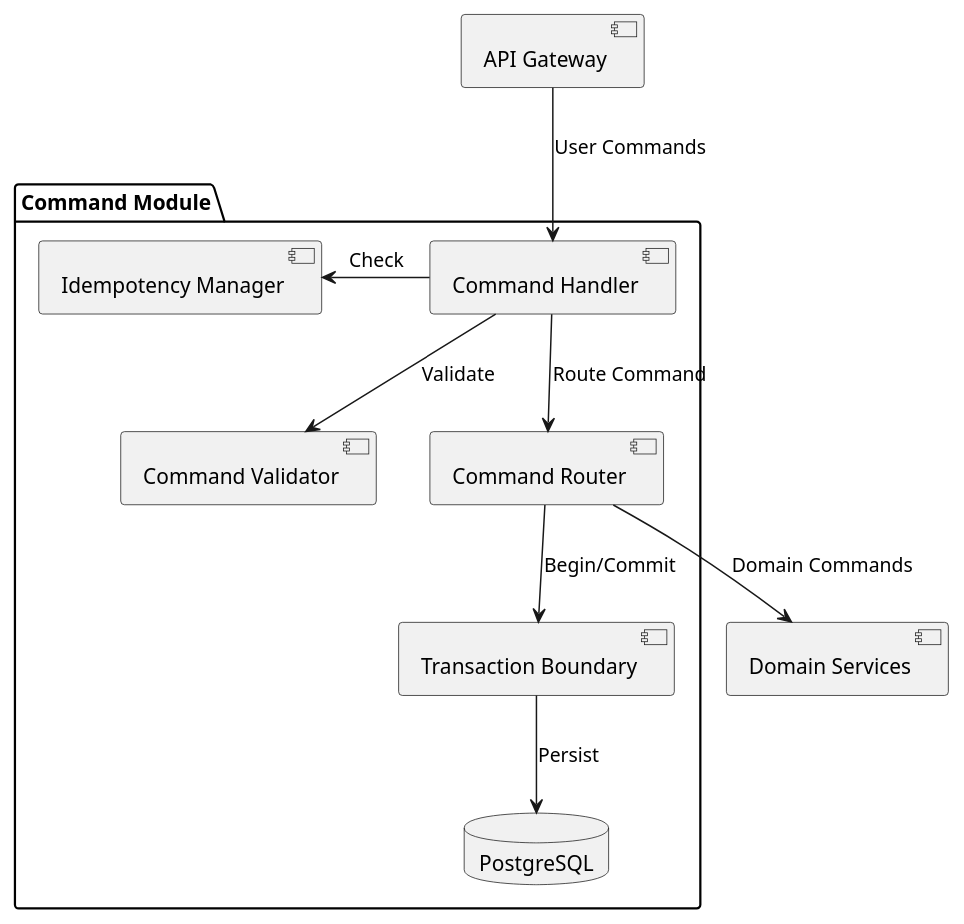
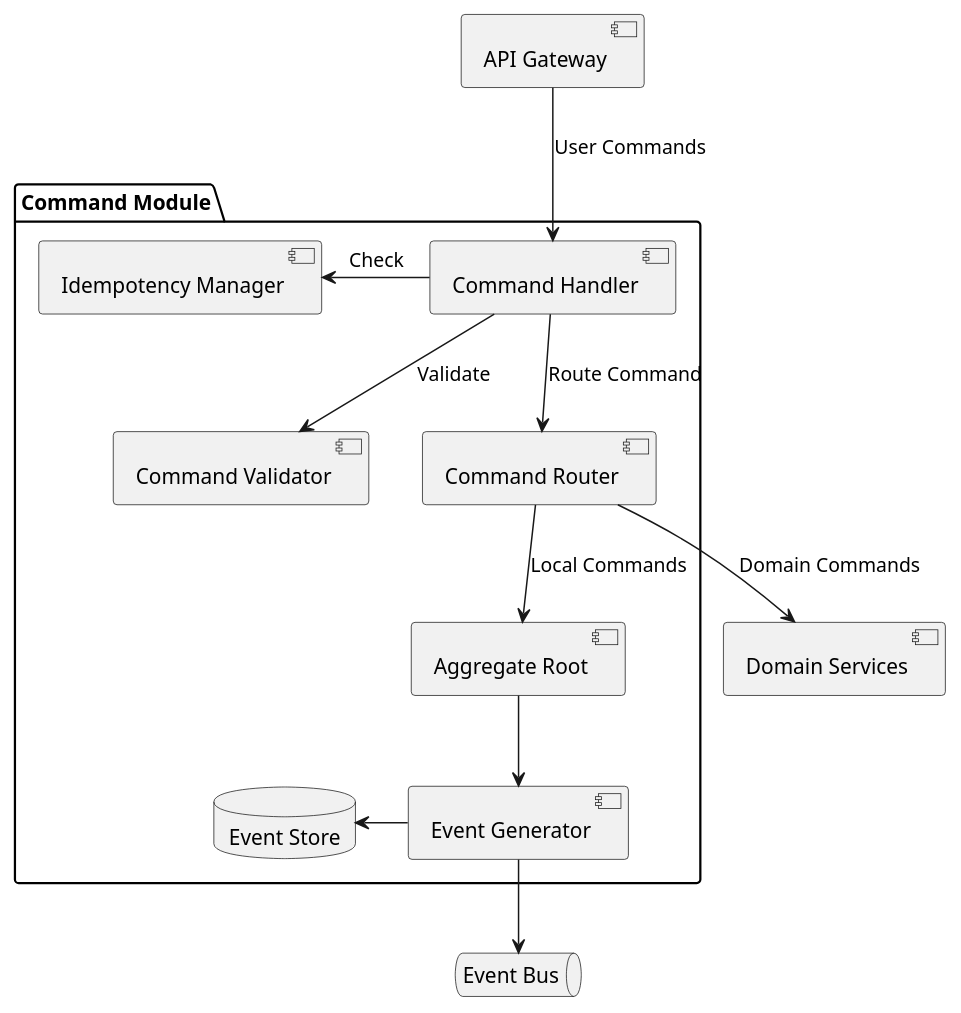
The fourth of 9 diagrams in docs/architecture.md (Osguima3/welz), drawn with PlantUML before and after one commit. The commit also changed other lines of this file and 6 other files, not shown here.

````diff
--- a/docs/architecture.md
+++ b/docs/architecture.md
@@ -450,22 +582,32 @@
 ```plantuml
 @startuml
 package "Command Module" {
     [Command Handler]
     [Command Validator]
     [Command Router]
-    [Transaction Boundary]
+    [Aggregate Root]
+    [Event Generator]
     [Idempotency Manager]
-    database "PostgreSQL"
+    database "Event Store"
 }
+
+queue "Event Bus"
 
 [API Gateway] --> [Command Handler] : User Commands
 
+' Command flows
 [Command Handler] --> [Command Validator] : Validate
 [Command Handler] -left-> [Idempotency Manager] : Check
 [Command Handler] --> [Command Router] : Route Command
 
+' Domain routing
 [Command Router] --> [Domain Services] : Domain Commands
-[Command Router] --> [Transaction Boundary] : Begin/Commit
-[Transaction Boundary] --> [PostgreSQL] : Persist
+
+' Event flows
+[Command Router] --> [Aggregate Root] : Local Commands
+[Aggregate Root] --> [Event Generator]
+[Event Generator] -left-> [Event Store]
+[Event Generator] --> [Event Bus]
+
 @enduml
 ```
````
